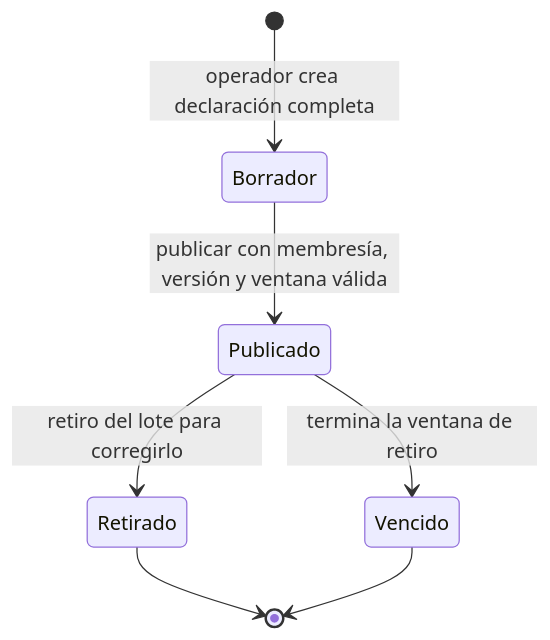
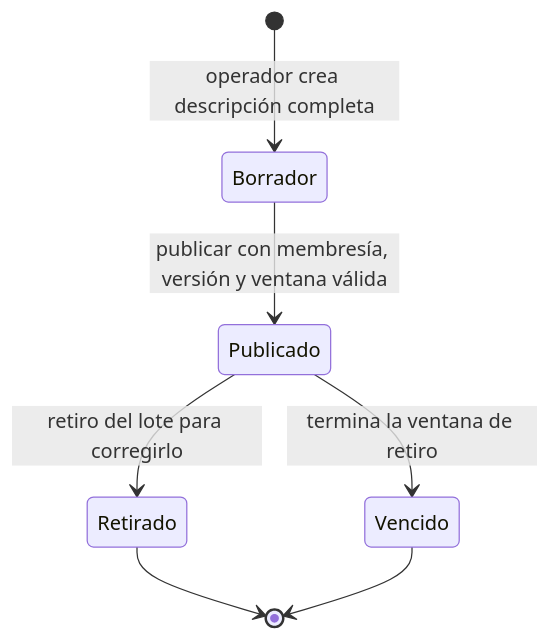
Before and after one commit to ClemoAcevedo/rescate: the third of 4 diagrams in docs/modelo-inicial.md, drawn with Mermaid. The commit also changed other lines of this file and 53 other files, not shown here.

````diff
--- a/docs/modelo-inicial.md
+++ b/docs/modelo-inicial.md
@@ -278,9 +283,9 @@
 ```mermaid
 stateDiagram-v2
-  [*] --> Borrador: operador crea declaración completa
+  [*] --> Borrador: operador crea descripción completa
   Borrador --> Publicado: publicar con membresía, versión y ventana válida
   Publicado --> Retirado: retiro del lote para corregirlo
   Publicado --> Vencido: termina la ventana de retiro
   Retirado --> [*]
   Vencido --> [*]
 ```
````
